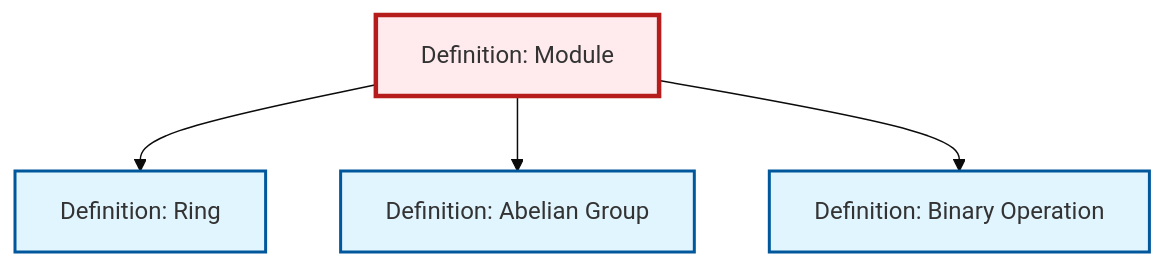
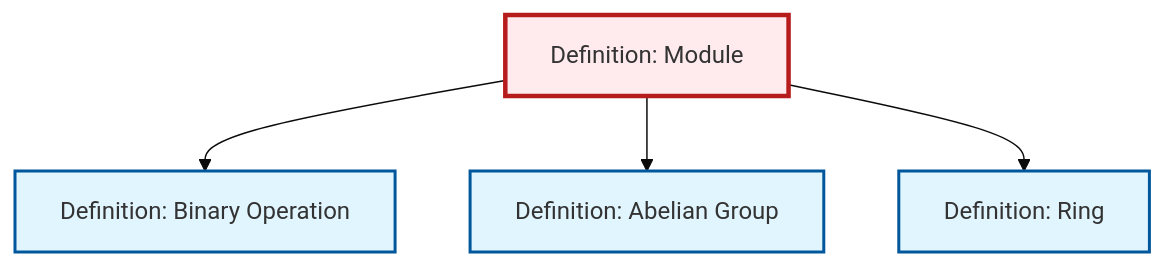
One commit to RK0429/ModernMath changed the diagram in content/en/algebra/def-module.qmd. Above: the diagram before and after it, drawn with Mermaid (base theme). The commit also changed other lines of this file and 554 other files, not shown here.

````diff
--- a/content/en/algebra/def-module.qmd
+++ b/content/en/algebra/def-module.qmd
@@ -55,20 +55,20 @@
 ```{mermaid}
 %%| fig-cap: "Local dependency graph"
 graph TD
     classDef definition fill:#e1f5fe,stroke:#01579b,stroke-width:2px
     classDef theorem fill:#f3e5f5,stroke:#4a148c,stroke-width:2px
     classDef axiom fill:#fff3e0,stroke:#e65100,stroke-width:2px
     classDef example fill:#e8f5e9,stroke:#1b5e20,stroke-width:2px
     classDef current fill:#ffebee,stroke:#b71c1c,stroke-width:3px
-    def-binary-operation["Definition: Binary Operation"]:::definition
     def-abelian-group["Definition: Abelian Group"]:::definition
     def-module["Definition: Module"]:::definition
     def-ring["Definition: Ring"]:::definition
+    def-binary-operation["Definition: Binary Operation"]:::definition
+    def-module --> def-binary-operation
+    def-module --> def-abelian-group
     def-module --> def-ring
-    def-module --> def-abelian-group
-    def-module --> def-binary-operation
     class def-module current
-    click def-binary-operation "def-binary-operation.html" "Go to Binary Operation definition"
     click def-abelian-group "def-abelian-group.html" "Go to Abelian Group definition"
     click def-ring "def-ring.html" "Go to Ring definition"
+    click def-binary-operation "def-binary-operation.html" "Go to Binary Operation definition"
 ```
````
